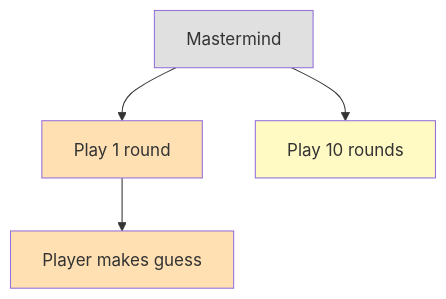
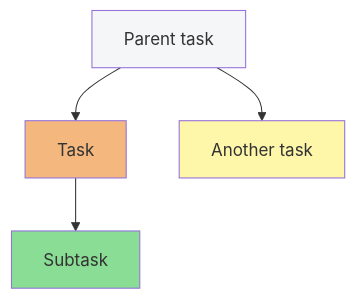
One commit to jonreid/Mastermind changed the diagram in discovery-tree.md. Above: the diagram before and after it, drawn with Mermaid.

Commit message:
. d Adjust discovery tree colors

````diff
--- a/discovery-tree.md
+++ b/discovery-tree.md
@@ -1,23 +1,24 @@
 ```mermaid
 graph TD
-    mastermind["Mastermind"]
-    play-1-round["Play 1 round"]
-    play-10-rounds["Play 10 rounds"]
-    player-makes-guess["Player makes guess"]
+    mastermind["Parent task"]
+    play-1-round["Task"]
+    play-10-rounds["Another task"]
+    player-makes-guess["Subtask"]
 
     mastermind --> play-1-round
     play-1-round --> player-makes-guess
     mastermind --> play-10-rounds
 
-    classDef todo fill:#fff9c4
-    classDef in-progress fill:#ffe0b2
-    classDef done fill:#c8e6c9
-    classDef blocked fill:#ffcdd2
-    classDef punt fill:#e1bee7
-    classDef notes fill:#bbdefb
-    class play-10-rounds todo
-    class play-1-round,player-makes-guess in-progress
+    classDef parent-task fill:#f4f6f8
+    classDef todo fill:#fef7aa
+    classDef in-progress fill:#f4b87f
+    classDef completed fill:#8add95
+    classDef blocked fill:#f1a2a0
+    classDef punt fill:#b5abf4
+    classDef notes fill:#b8cffa
 
-    classDef parent-task fill:#e0e0e0
+		class play-10-rounds todo
+    class play-1-round in-progress
+    class player-makes-guess completed
     class mastermind parent-task
 ```
````
